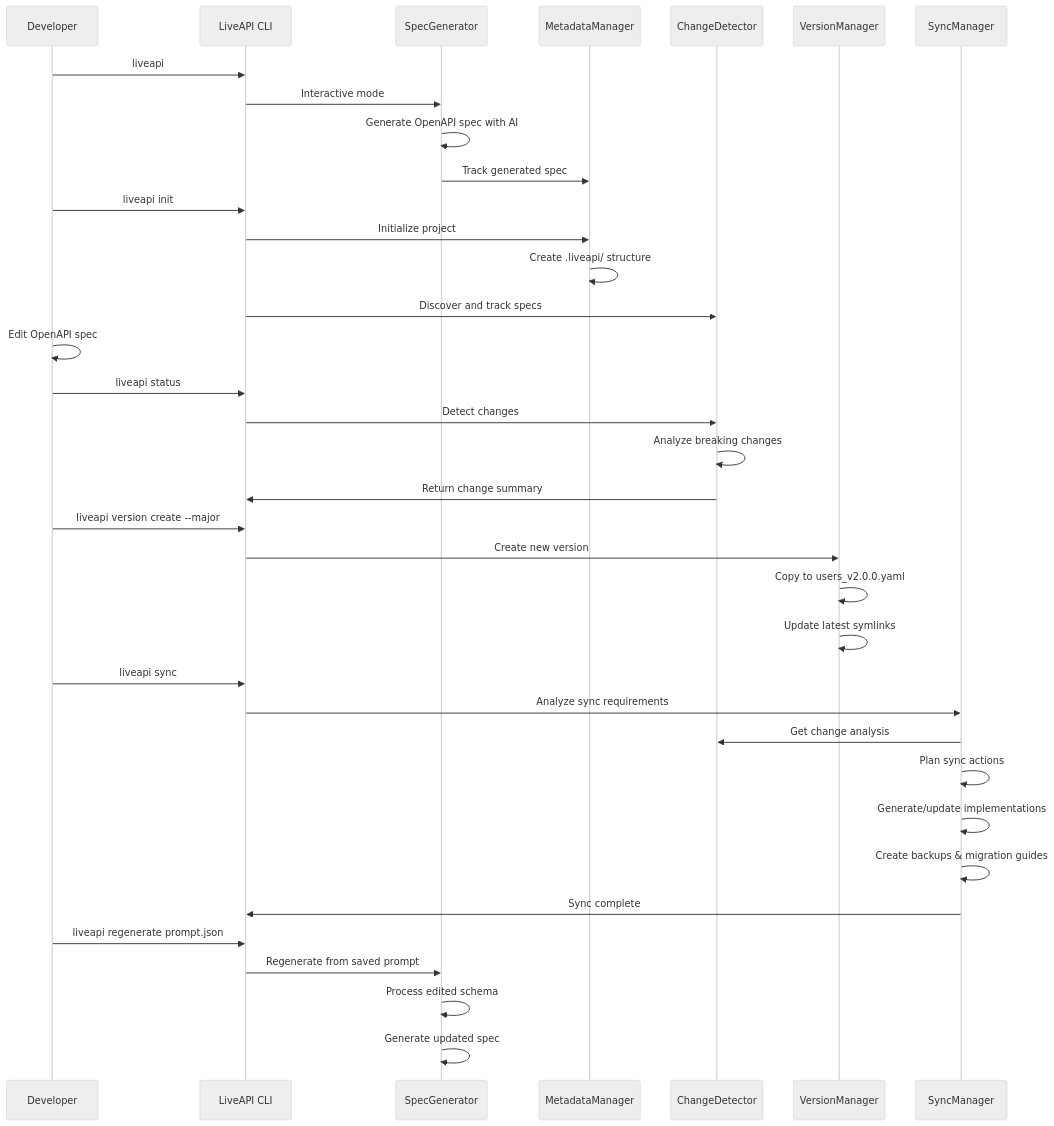
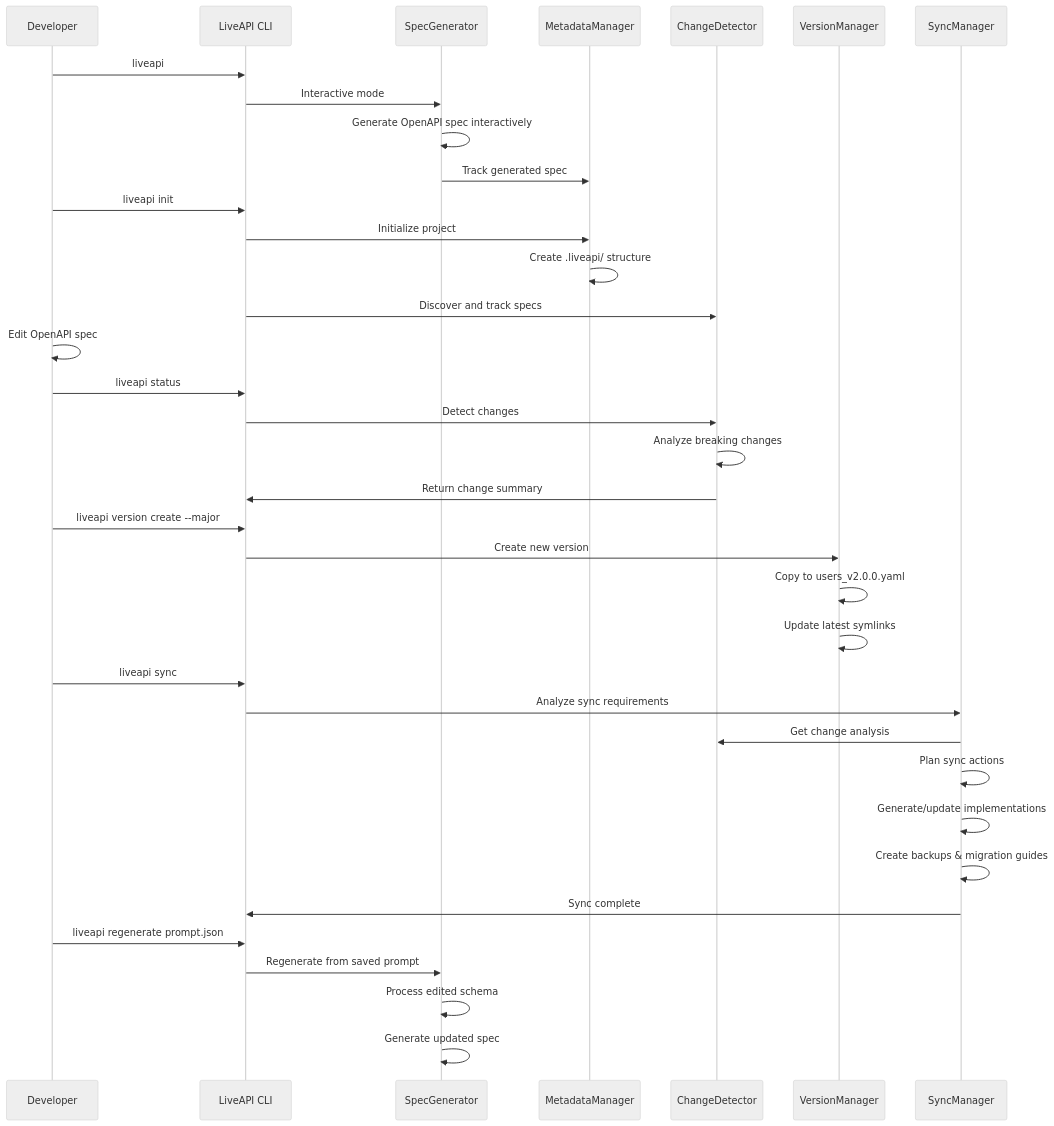
Before and after one commit to NationalGalleryOfArt/liveapi: the third of 3 diagrams in ARCHITECTURE.md, drawn with Mermaid (neutral theme). The commit also changed other lines of this file and 2 other files, not shown here.

````diff
--- a/ARCHITECTURE.md
+++ b/ARCHITECTURE.md
@@ -188,44 +188,44 @@
 ```mermaid
 sequenceDiagram
     participant Dev as Developer
     participant CLI as LiveAPI CLI
     participant Gen as SpecGenerator
     participant Meta as MetadataManager
     participant Change as ChangeDetector
     participant Version as VersionManager
     participant Sync as SyncManager
     
     Dev->>CLI: liveapi
     CLI->>Gen: Interactive mode
-    Gen->>Gen: Generate OpenAPI spec with AI
+    Gen->>Gen: Generate OpenAPI spec interactively
     Gen->>Meta: Track generated spec
     
     Dev->>CLI: liveapi init
     CLI->>Meta: Initialize project
     Meta->>Meta: Create .liveapi/ structure
     CLI->>Change: Discover and track specs
     
     Dev->>Dev: Edit OpenAPI spec
     Dev->>CLI: liveapi status
     CLI->>Change: Detect changes
     Change->>Change: Analyze breaking changes
     Change->>CLI: Return change summary
     
     Dev->>CLI: liveapi version create --major
     CLI->>Version: Create new version
     Version->>Version: Copy to users_v2.0.0.yaml
     Version->>Version: Update latest symlinks
     
     Dev->>CLI: liveapi sync
     CLI->>Sync: Analyze sync requirements
     Sync->>Change: Get change analysis
     Sync->>Sync: Plan sync actions
     Sync->>Sync: Generate/update implementations
     Sync->>Sync: Create backups & migration guides
     Sync->>CLI: Sync complete
     
     Dev->>CLI: liveapi regenerate prompt.json
     CLI->>Gen: Regenerate from saved prompt
     Gen->>Gen: Process edited schema
     Gen->>Gen: Generate updated spec
 ```
````
